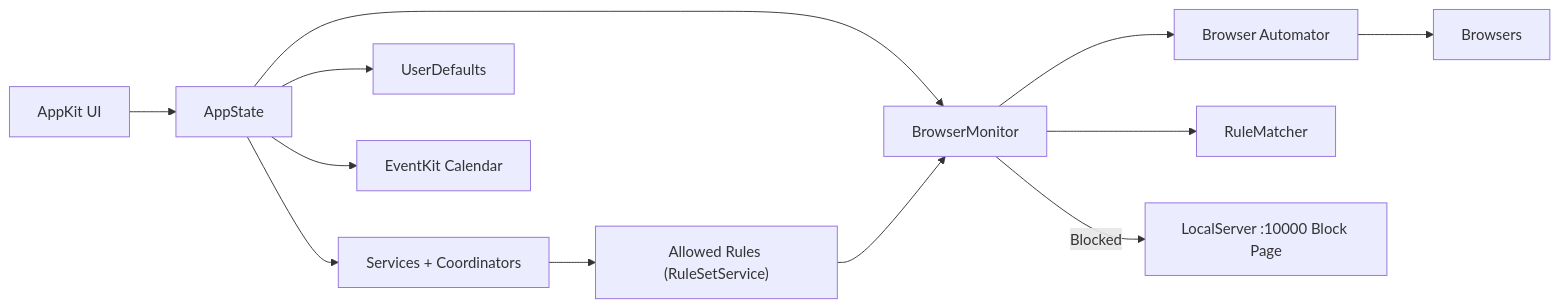
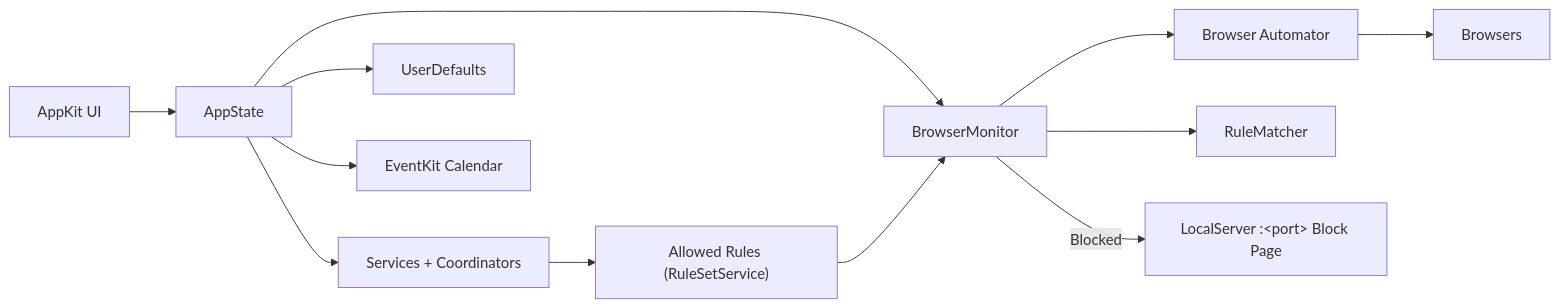
The second of 2 diagrams in Docs/full-app.md (albibenni/free), drawn with Mermaid before and after one commit. The commit also changed other lines of this file and 1 other file, not shown here.

````diff
--- a/Docs/full-app.md
+++ b/Docs/full-app.md
@@ -194,14 +194,14 @@
 ```mermaid
 flowchart LR
   UI["AppKit UI"] --> AppState["AppState"]
   AppState --> Logic["Services + Coordinators"]
   Logic --> Rules["Allowed Rules (RuleSetService)"]
   AppState --> Monitor["BrowserMonitor"]
   Rules --> Monitor
   Monitor --> Automator["Browser Automator"]
   Automator --> Browsers["Browsers"]
   Monitor --> Matcher["RuleMatcher"]
-  Monitor -->|Blocked| BlockPage["LocalServer :10000 Block Page"]
+  Monitor -->|Blocked| BlockPage["LocalServer :&lt;port&gt; Block Page"]
   AppState --> Store["UserDefaults"]
   AppState --> Calendar["EventKit Calendar"]
 ```
````
